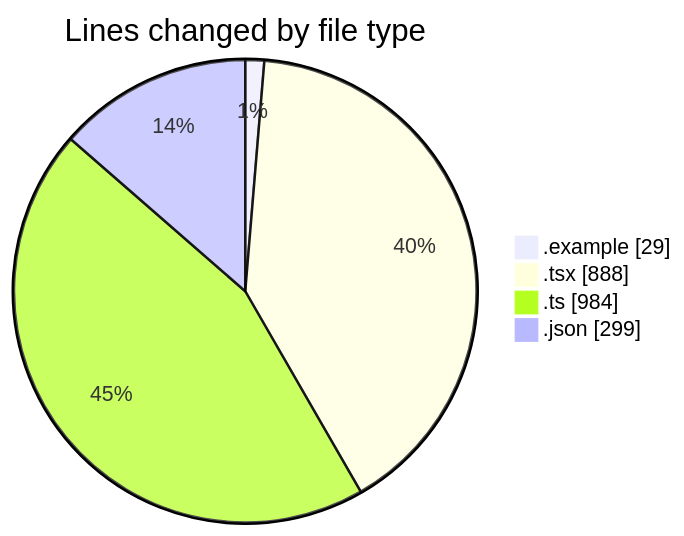
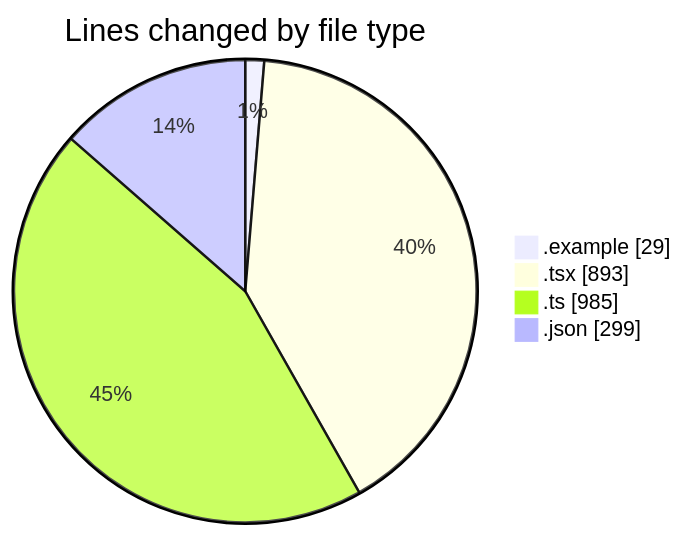
One commit to julien-gomy/code-tracking changed the first of 2 diagrams in 2025-11-16/eventscop-frontend-guide__workspace_/README.md. Above: the diagram before and after it, drawn with Mermaid. The commit also changed other lines of this file and 1 other file, not shown here.

````diff
--- a/2025-11-16/eventscop-frontend-guide__workspace_/README.md
+++ b/2025-11-16/eventscop-frontend-guide__workspace_/README.md
@@ -34,8 +34,8 @@
 ```mermaid
 pie showData
 title Lines changed by file type
 ".example" : 29
-".tsx" : 888
-".ts" : 984
+".tsx" : 893
+".ts" : 985
 ".json" : 299
 ```
````
